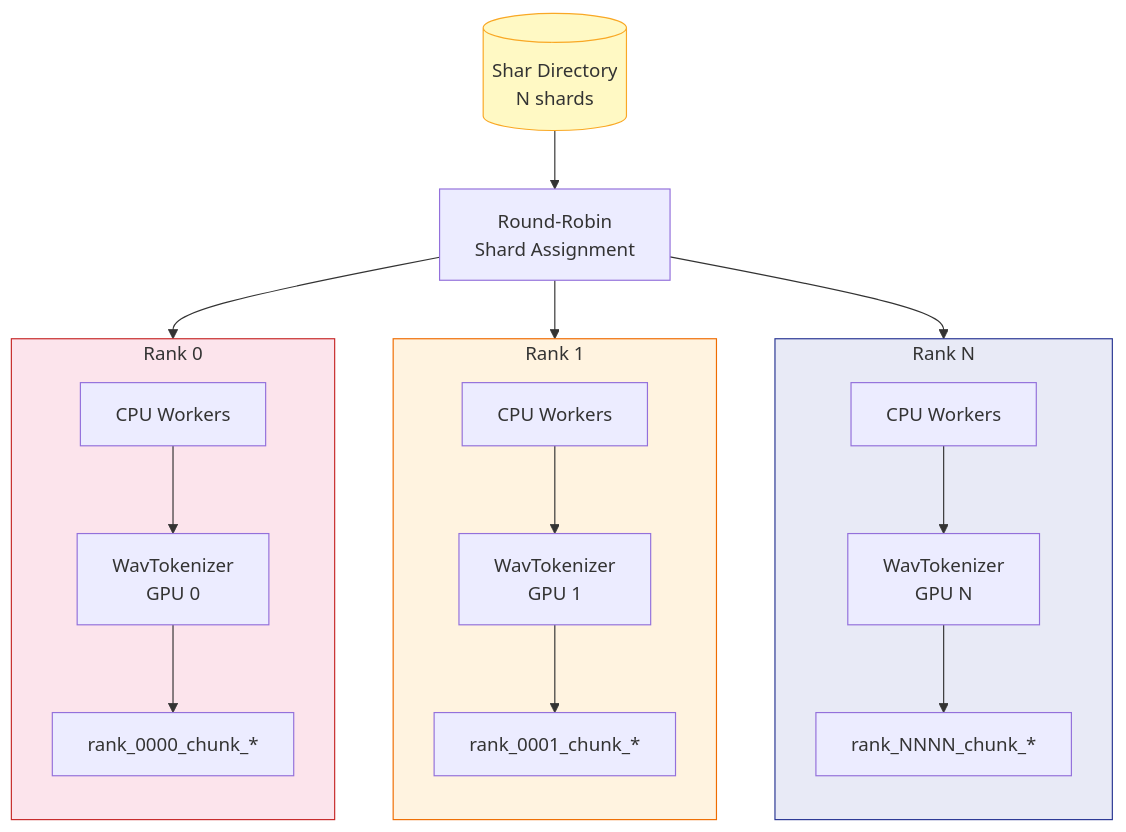
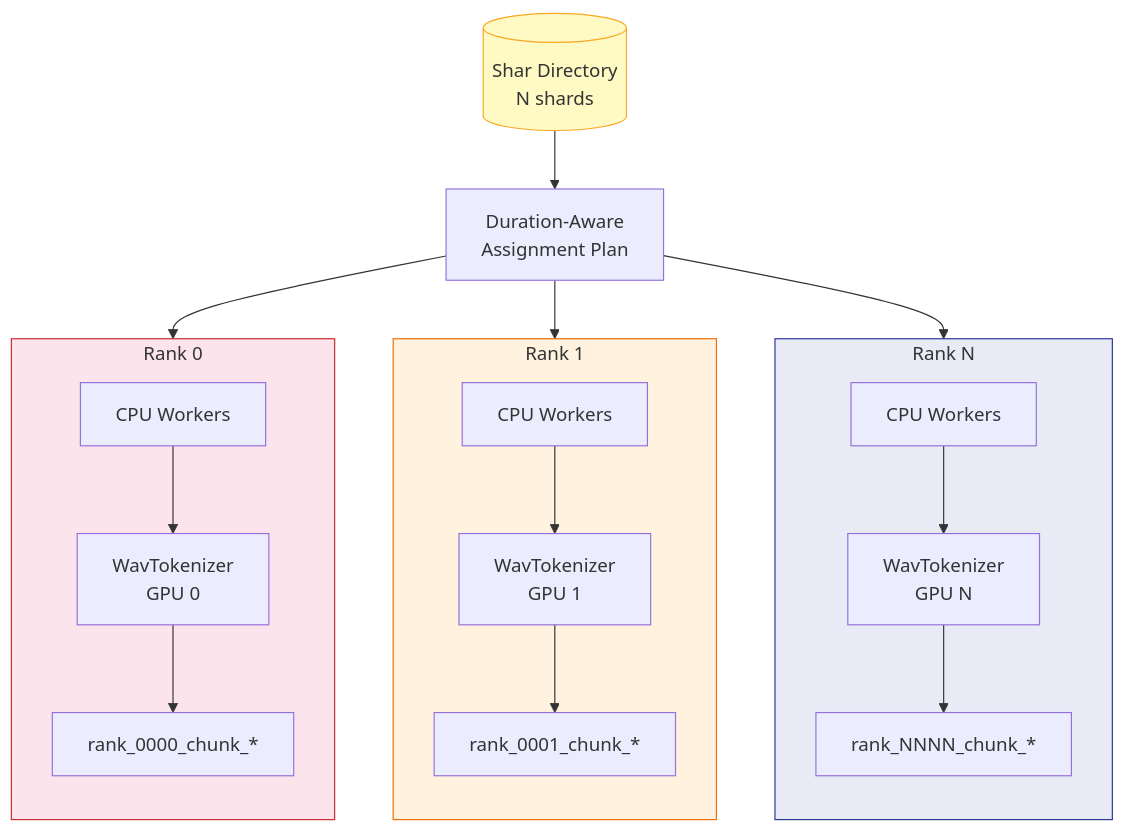
The seventh of 7 diagrams in audio_tokenization/README.md (swiss-ai/reality-gap), drawn with Mermaid before and after one commit. The commit also changed other lines of this file and 154 other files, not shown here.

Commit message:
shar_to_parquet: align schema with batch_tok prepare_parquet_to_shar.py

````diff
--- a/audio_tokenization/README.md
+++ b/audio_tokenization/README.md
@@ -487,28 +448,28 @@
 ```mermaid
 graph TD
-    SHAR[("Shar Directory<br>N shards")] --> SPLIT["Round-Robin<br>Shard Assignment"]
+    SHAR[("Shar Directory<br>N shards")] --> PLAN["Duration-Aware<br>Assignment Plan"]
 
-    SPLIT --> R0 & R1 & RN
+    PLAN --> R0 & R1 & RN
 
     subgraph R0["Rank 0"]
         direction TB
         W0["CPU Workers"] --> T0["WavTokenizer<br>GPU 0"] --> O0["rank_0000_chunk_*"]
     end
 
     subgraph R1["Rank 1"]
         direction TB
         W1["CPU Workers"] --> T1["WavTokenizer<br>GPU 1"] --> O1["rank_0001_chunk_*"]
     end
 
     subgraph RN["Rank N"]
         direction TB
         WN["CPU Workers"] --> TN["WavTokenizer<br>GPU N"] --> ON["rank_NNNN_chunk_*"]
     end
 
-    click SPLIT href "https://github.com/swiss-ai/benchmark-audio-tokenizer/blob/batch_tok/audio_tokenization/pipelines/lhotse/data.py"
+    click PLAN href "https://github.com/swiss-ai/benchmark-audio-tokenizer/blob/batch_tok/audio_tokenization/pipelines/lhotse/planning.py"
 
     style SHAR fill:#fff9c4,stroke:#F9A825
     style R0 fill:#fce4ec,stroke:#C62828
     style R1 fill:#fff3e0,stroke:#EF6C00
     style RN fill:#e8eaf6,stroke:#283593
 ```
````
